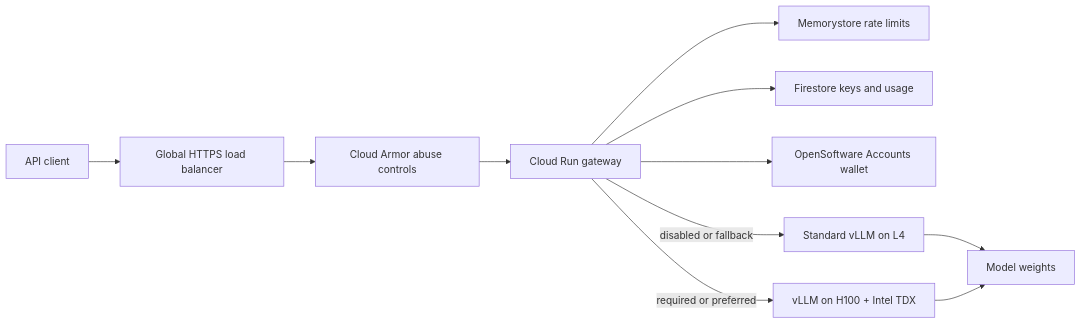
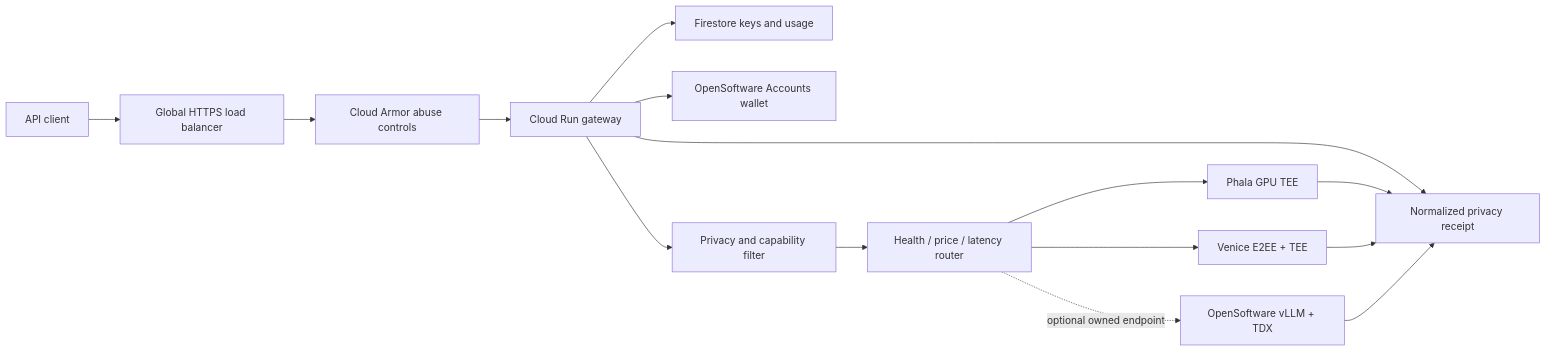
Before and after one commit to open-software-network/os-api: the diagram in docs/architecture.md, drawn with Mermaid. The commit also changed other lines of this file and 32 other files, not shown here.

````diff
--- a/docs/architecture.md
+++ b/docs/architecture.md
@@ -5,13 +5,17 @@
 ```mermaid
 flowchart LR
   C["API client"] --> E["Global HTTPS load balancer"]
   E --> A["Cloud Armor abuse controls"]
   A --> G["Cloud Run gateway"]
   G --> R["Memorystore rate limits"]
   G --> F["Firestore keys and usage"]
   G --> O["OpenSoftware Accounts wallet"]
-  G -->|"disabled or fallback"| S["Standard vLLM on L4"]
-  G -->|"required or preferred"| T["vLLM on H100 + Intel TDX"]
-  S --> M["Model weights"]
-  T --> M
+  G --> P["Privacy and capability filter"]
+  P --> H["Health / price / latency router"]
+  H --> PH["Phala GPU TEE"]
+  H --> VE["Venice E2EE + TEE"]
+  H -. "optional owned endpoint" .-> T["OpenSoftware vLLM + TDX"]
+  PH --> R["Normalized privacy receipt"]
+  VE --> R
+  T --> R
 ```
````
